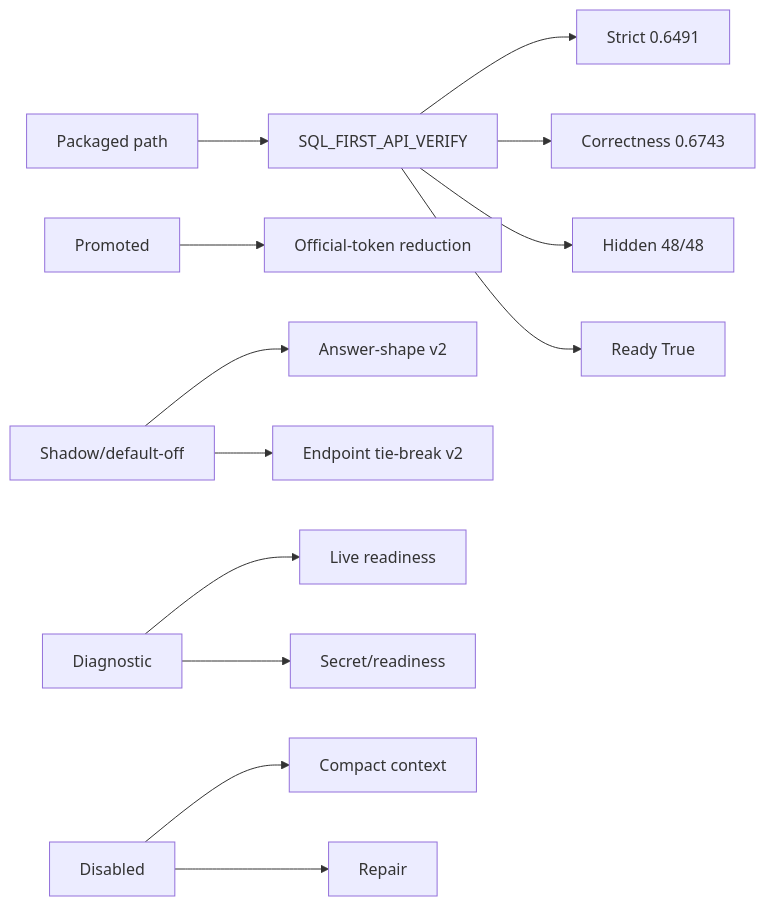
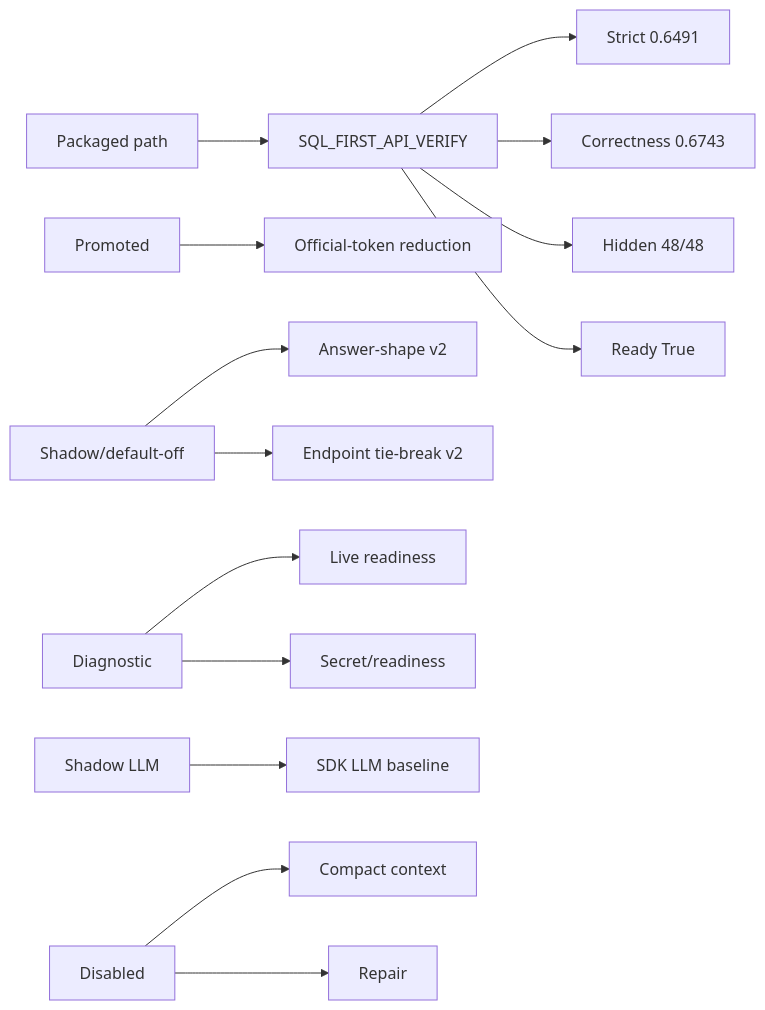
The diagram in outputs/visualizations/system_status_dashboard.md (dashsys-workshop-vldb/dashsys-workshop-vldb.github.io), drawn with Mermaid before and after one commit. The commit also changed other lines of this file and 576 other files, not shown here.

Commit message:
Refactor LLM baseline to generic SDK clients

````diff
--- a/outputs/visualizations/system_status_dashboard.md
+++ b/outputs/visualizations/system_status_dashboard.md
@@ -11,15 +11,16 @@
 ```mermaid
 flowchart LR
   A["Packaged path"] --> B["SQL_FIRST_API_VERIFY"]
   B --> C["Strict 0.6491"]
   B --> D["Correctness 0.6743"]
   B --> E["Hidden 48/48"]
   B --> F["Ready True"]
   G["Promoted"] --> H["Official-token reduction"]
   I["Shadow/default-off"] --> J["Answer-shape v2"]
   I --> K["Endpoint tie-break v2"]
   L["Diagnostic"] --> M["Live readiness"]
   L --> N["Secret/readiness"]
+  S["Shadow LLM"] --> T["SDK LLM baseline"]
   O["Disabled"] --> P["Compact context"]
   O --> Q["Repair"]
 ```
````
